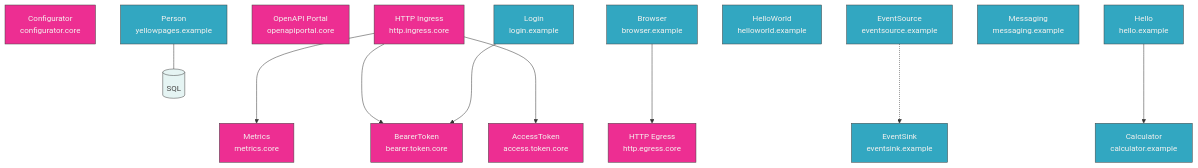
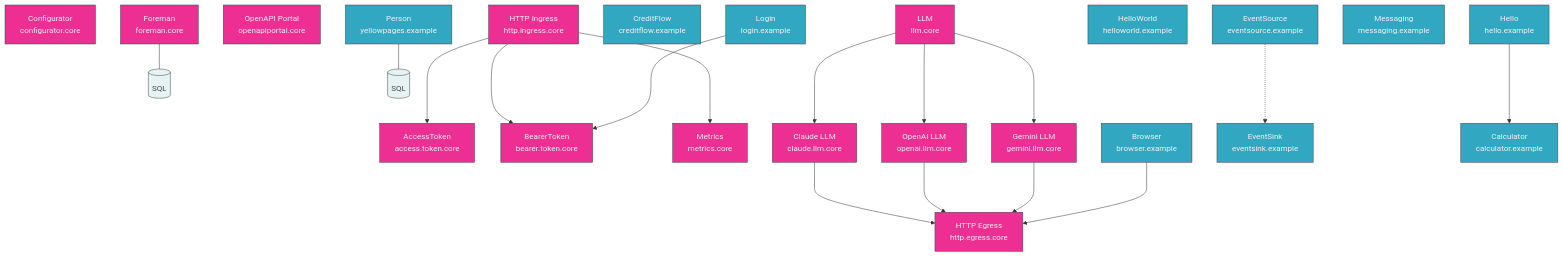
Before and after one commit to bhardwajRahul/fabric: the diagram in main/topology.mmd, drawn with Mermaid. The commit also changed 274 other files, not shown here.

Commit message:
Agentic workflows and LLM core microservice

```diff
--- a/main/topology.mmd
+++ b/main/topology.mmd
@@ -1,23 +1,31 @@
 graph TB
     classDef core fill:#ed2e92,color:#f4f2ef,stroke:#434343
     classDef svc fill:#32a7c1,color:#f4f2ef,stroke:#434343
     classDef ext fill:#e5f4f3,color:#434343,stroke:#434343
 
     configurator.core[Configurator<br>configurator.core]
     access.token.core[AccessToken<br>access.token.core]
     bearer.token.core[BearerToken<br>bearer.token.core]
     http.ingress.core[HTTP Ingress<br>http.ingress.core] ---> metrics.core[Metrics<br>metrics.core]
     http.ingress.core ---> bearer.token.core
     http.ingress.core ---> access.token.core
     openapiportal.core[OpenAPI Portal<br>openapiportal.core]
+    foreman.core[Foreman<br>foreman.core] --- foreman.core.db[(SQL)]
+    llm.core[LLM<br>llm.core] ---> claude.llm.core[Claude LLM<br>claude.llm.core]
+    llm.core ---> openai.llm.core[OpenAI LLM<br>openai.llm.core]
+    llm.core ---> gemini.llm.core[Gemini LLM<br>gemini.llm.core]
+    claude.llm.core ---> http.egress.core
+    openai.llm.core ---> http.egress.core
+    gemini.llm.core ---> http.egress.core
+    creditflow.example[CreditFlow<br>creditflow.example]
     browser.example[Browser<br>browser.example] ---> http.egress.core[HTTP Egress<br>http.egress.core]
     eventsource.example[EventSource<br>eventsource.example] -..-> eventsink.example[EventSink<br>eventsink.example]
     hello.example[Hello<br>hello.example] ---> calculator.example[Calculator<br>calculator.example]
     helloworld.example[HelloWorld<br>helloworld.example]
     login.example[Login<br>login.example] ---> bearer.token.core
     messaging.example[Messaging<br>messaging.example]
     yellowpages.example[Person<br>yellowpages.example] --- yellowpages.example.db[(SQL)]
 
-    class hello.example,calculator.example,browser.example,login.example,eventsource.example,eventsink.example,yellowpages.example,helloworld.example,messaging.example svc
-    class http.ingress.core,metrics.core,bearer.token.core,access.token.core,http.egress.core,configurator.core,openapiportal.core core
-    class yellowpages.example.db ext
+    class hello.example,calculator.example,browser.example,login.example,eventsource.example,eventsink.example,yellowpages.example,helloworld.example,messaging.example,creditflow.example svc
+    class http.ingress.core,metrics.core,bearer.token.core,access.token.core,http.egress.core,configurator.core,openapiportal.core,foreman.core,llm.core,claude.llm.core,openai.llm.core,gemini.llm.core core
+    class yellowpages.example.db,foreman.core.db ext
```
